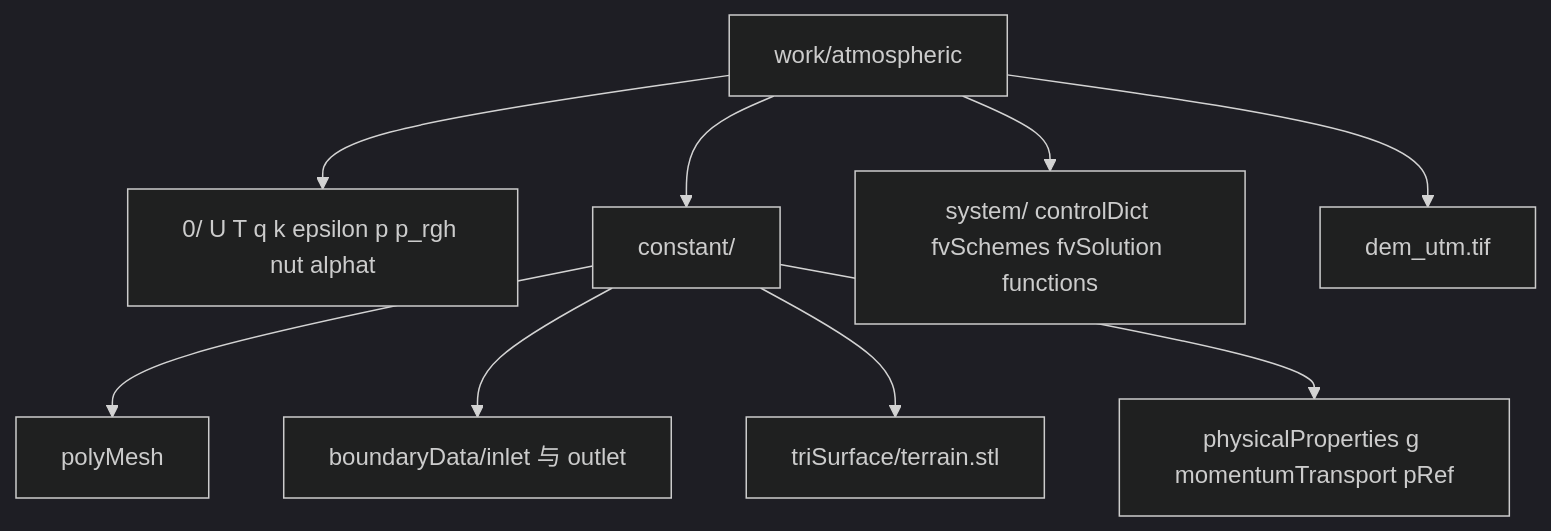
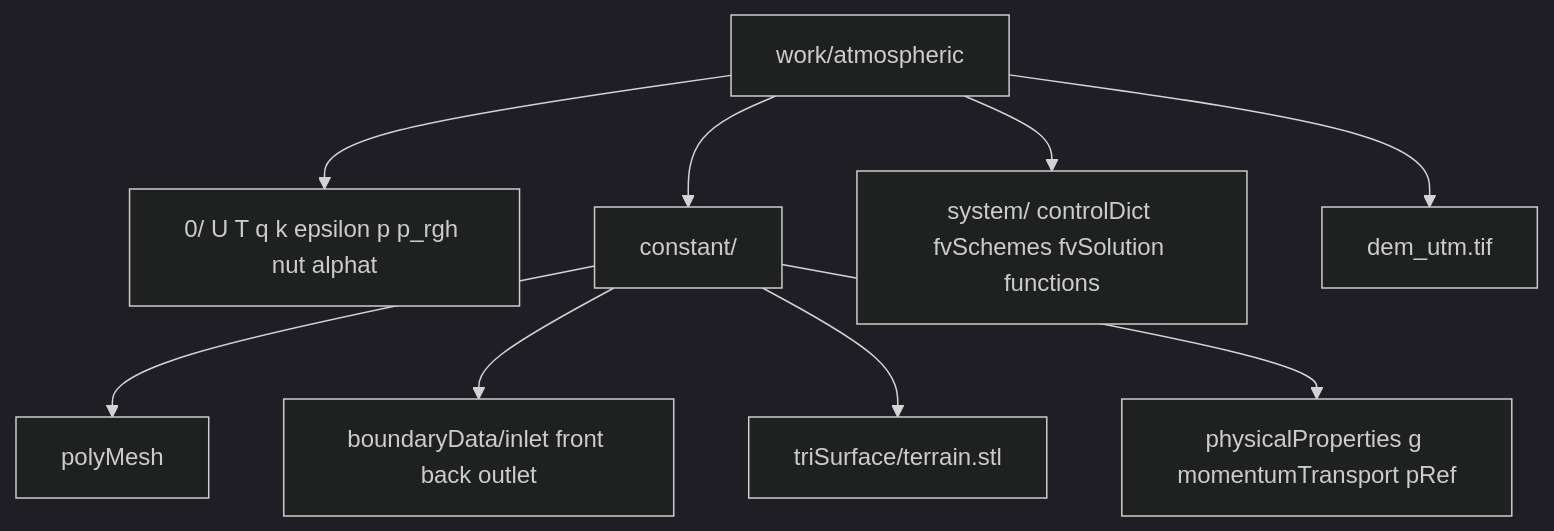
The fifth of 5 diagrams in tutorial/05_real_terrain.md (IncubatorShokuhou/OpenFoam_tutorial), drawn with Mermaid (dark theme) before and after one commit. The commit also changed other lines of this file and 472 other files, not shown here.

````diff
--- a/tutorial/05_real_terrain.md
+++ b/tutorial/05_real_terrain.md
@@ -197,12 +197,12 @@
 ```mermaid
 flowchart TD
   root["work/atmospheric"]
   root --> zero["0/ U T q k epsilon p p_rgh nut alphat"]
   root --> constant["constant/"]
   constant --> poly["polyMesh"]
-  constant --> bd["boundaryData/inlet 与 outlet"]
+  constant --> bd["boundaryData/inlet front back outlet"]
   constant --> tri["triSurface/terrain.stl"]
   constant --> dicts["physicalProperties g momentumTransport pRef"]
   root --> system["system/ controlDict fvSchemes fvSolution functions"]
   root --> demf["dem_utm.tif"]
 ```
````
